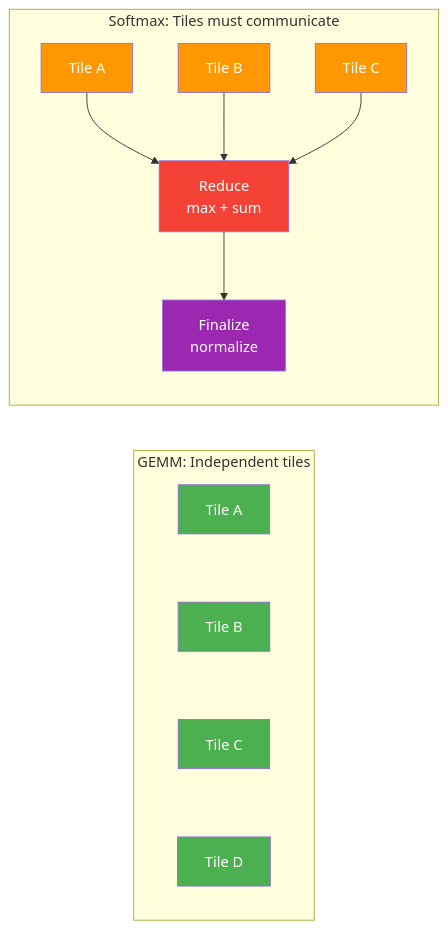
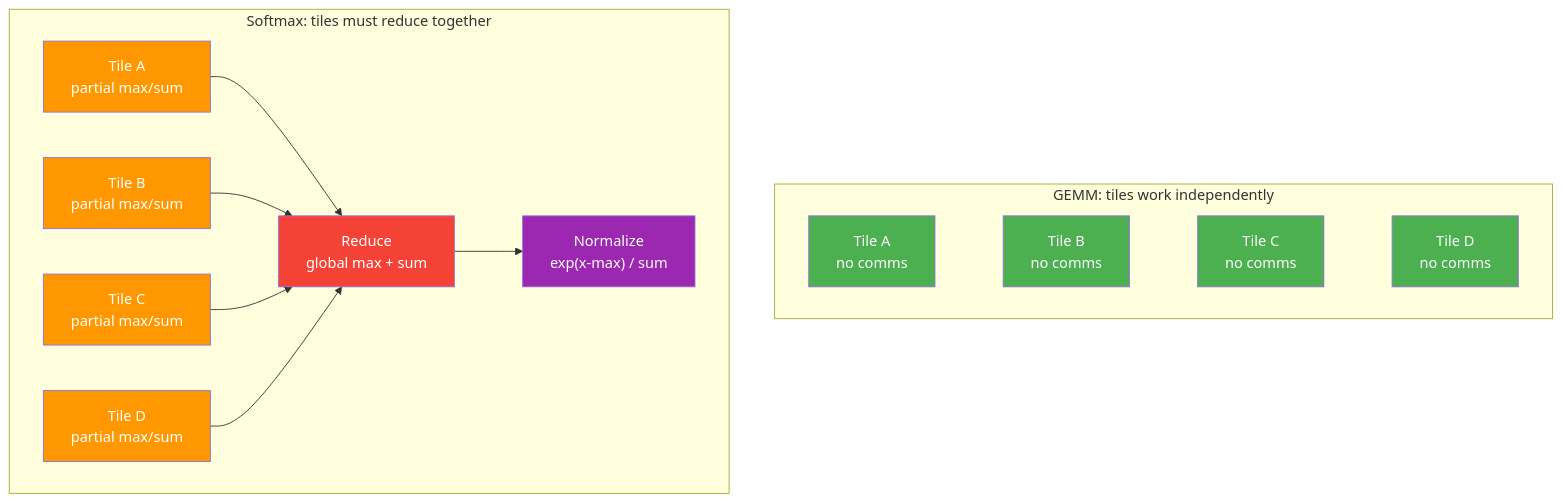
One commit to shamykyzer/ml-kernel-runtime changed the eighth of 8 diagrams in README.md. Above: the diagram before and after it, drawn with Mermaid. The commit also changed other lines of this file, not shown here.

Commit message:
better README.md layout with diagrams and explanation

````diff
--- a/README.md
+++ b/README.md
@@ -213,25 +237,36 @@
 ```mermaid
-flowchart LR
-    subgraph "GEMM: Independent tiles"
-        G1["Tile A"] ~~~ G2["Tile B"] ~~~ G3["Tile C"] ~~~ G4["Tile D"]
+graph TD
+    subgraph "GEMM: tiles work independently"
+        direction LR
+        G1["Tile A
+        no comms"] ~~~ G2["Tile B
+        no comms"] ~~~ G3["Tile C
+        no comms"] ~~~ G4["Tile D
+        no comms"]
     end
 
-    subgraph "Softmax: Tiles must communicate"
-        S1["Tile A"] --> R["Reduce
-        max + sum"]
-        S2["Tile B"] --> R
-        S3["Tile C"] --> R
-        R --> F["Finalize
-        normalize"]
+    subgraph "Softmax: tiles must reduce together"
+        S1["Tile A
+        partial max/sum"] --> R["Reduce
+        global max + sum"]
+        S2["Tile B
+        partial max/sum"] --> R
+        S3["Tile C
+        partial max/sum"] --> R
+        S4["Tile D
+        partial max/sum"] --> R
+        R --> F["Normalize
+        exp(x-max) / sum"]
     end
 
     style G1 fill:#4CAF50,color:#fff
     style G2 fill:#4CAF50,color:#fff
     style G3 fill:#4CAF50,color:#fff
     style G4 fill:#4CAF50,color:#fff
     style S1 fill:#FF9800,color:#fff
     style S2 fill:#FF9800,color:#fff
     style S3 fill:#FF9800,color:#fff
+    style S4 fill:#FF9800,color:#fff
     style R fill:#f44336,color:#fff
     style F fill:#9C27B0,color:#fff
 ```
````
